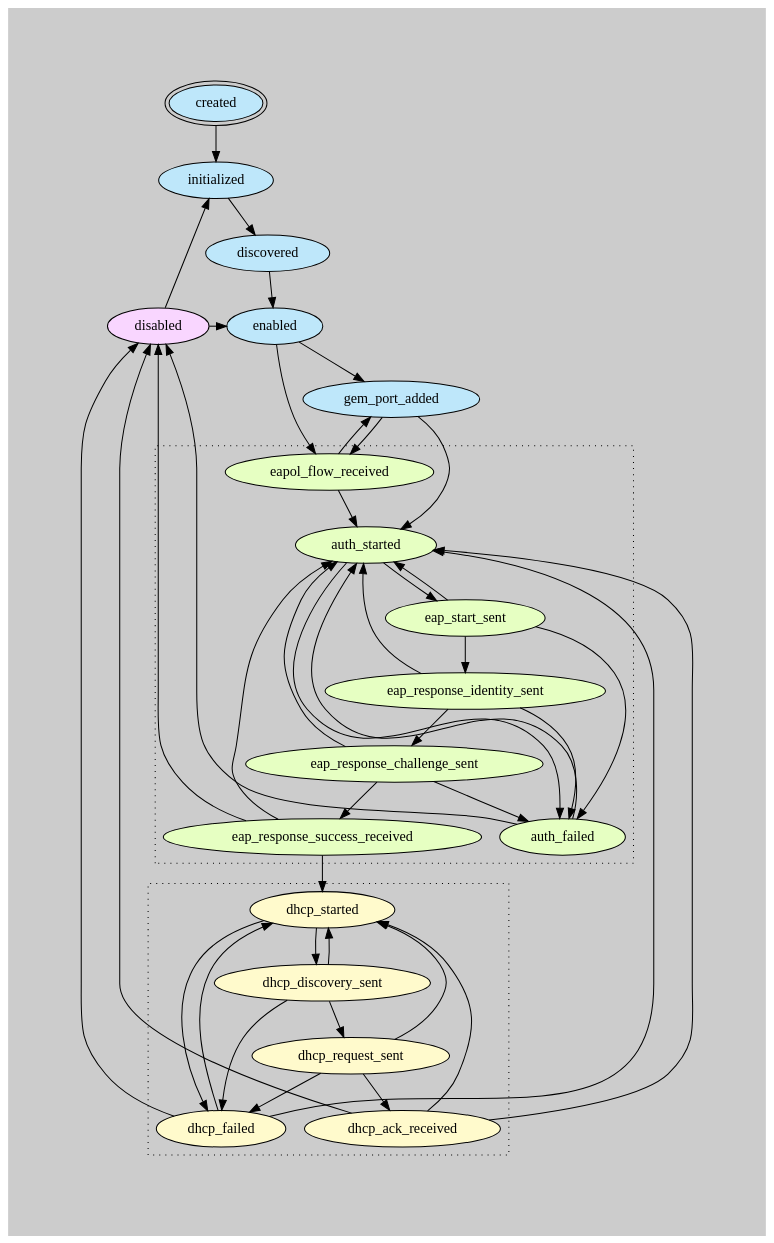
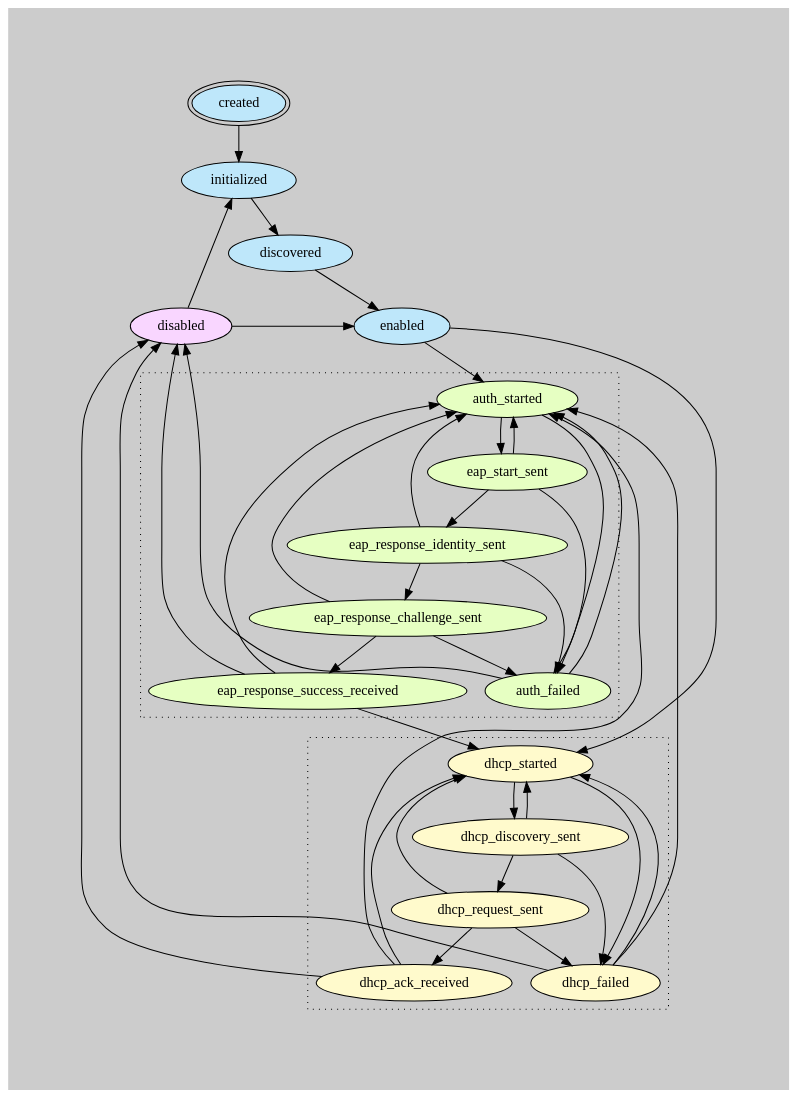
One commit to opencord/bbsim changed the diagram in docs/source/onu-state-machine.rst. Above: the diagram before and after it, drawn with Graphviz. The commit also changed other lines of this file and 7 other files, not shown here.

First line of the commit message:
[SEBA-918][VOL-2984] Allowing DHCP without completing eapol

```diff
--- a/docs/source/onu-state-machine.rst
+++ b/docs/source/onu-state-machine.rst
@@ -169,7 +161,6 @@
                 enabled
                 disabled [fillcolor="#f9d6ff"]
             }
-            gem_port_added
 
             {created, disabled} -> initialized -> discovered -> enabled
         }
@@ -179,7 +170,6 @@
             style=dotted
             node [fillcolor="#e6ffc2"]
 
-            eapol_flow_received
             auth_started
             eap_start_sent
             eap_response_identity_sent
@@ -229,8 +219,8 @@
             dhcp_ack_received -> dhcp_started
             dhcp_failed -> dhcp_started
         }
-        enabled -> gem_port_added -> eapol_flow_received -> auth_started
-        enabled -> eapol_flow_received -> gem_port_added -> auth_started
+        enabled -> auth_started
+        enabled -> dhcp_started
 
         {dhcp_ack_received, dhcp_failed} -> auth_started
 
```
